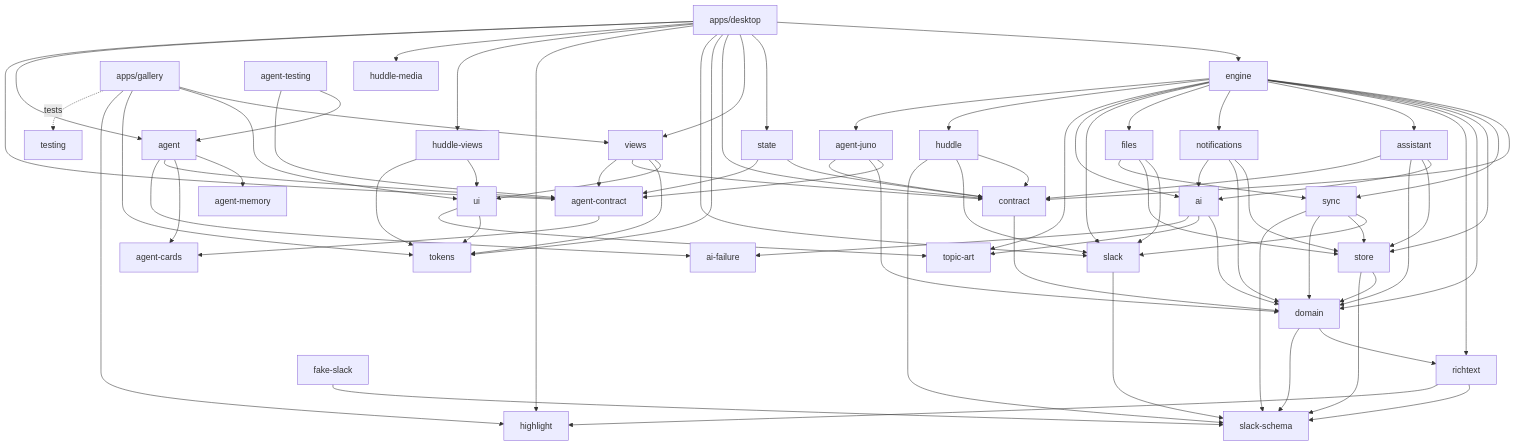
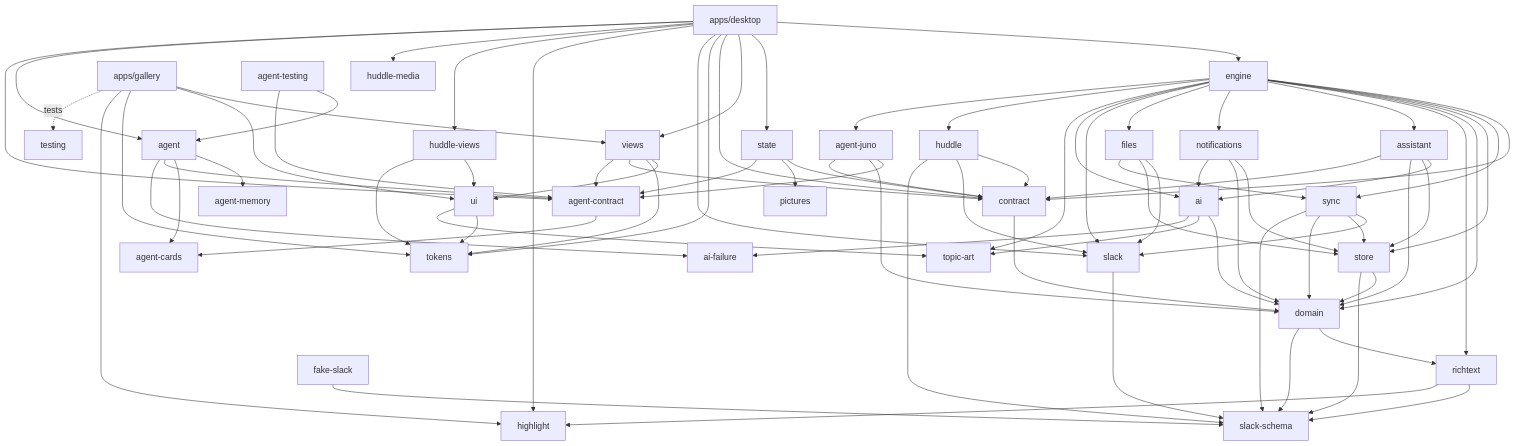
One commit to triptu/juno changed the second of 2 diagrams in docs/architecture.md. Above: the diagram before and after it, drawn with Mermaid. The commit also changed other lines of this file and 20 other files, not shown here.

````diff
--- a/docs/architecture.md
+++ b/docs/architecture.md
@@ -116,38 +116,40 @@
 ```mermaid
 flowchart TD
   slack_schema[slack-schema]
   highlight
   richtext --> slack_schema & highlight
   domain --> richtext & slack_schema
   contract --> domain
   slack --> slack_schema
   store --> domain & slack_schema
   sync --> slack & store & domain & slack_schema
   topic_art[topic-art]
   ai --> domain & topic_art & ai_failure[ai-failure]
   assistant --> ai & store & domain & contract
   notifications --> store & domain & ai
   files --> slack & store & sync
   engine --> contract & sync & store & domain & richtext & assistant & notifications & files & slack & ai & topic_art
   huddle --> contract & slack & slack_schema
   engine --> huddle
   fake_slack[fake-slack] --> slack_schema
   tokens
   ui --> tokens & topic_art
   views --> ui & tokens & contract
   state --> contract
+  pictures
+  state --> pictures
   desktop[apps/desktop] --> engine & state & views & contract & tokens & slack & highlight
   huddle_views[huddle-views] --> ui & tokens
   huddle_media[huddle-media]
   desktop --> huddle_views & huddle_media
   gallery[apps/gallery] --> views & ui & tokens & highlight
   gallery -.tests.-> testing[testing]
   agent_contract[agent-contract] --> agent_cards[agent-cards]
   agent --> agent_memory[agent-memory] & agent_cards & agent_contract & ai_failure
   agent_juno[agent-juno] --> agent_contract & domain & contract
   agent_testing[agent-testing] --> agent & agent_contract
   engine --> agent_juno
   state --> agent_contract
   views --> agent_contract
   desktop --> agent & agent_contract
 ```
````
